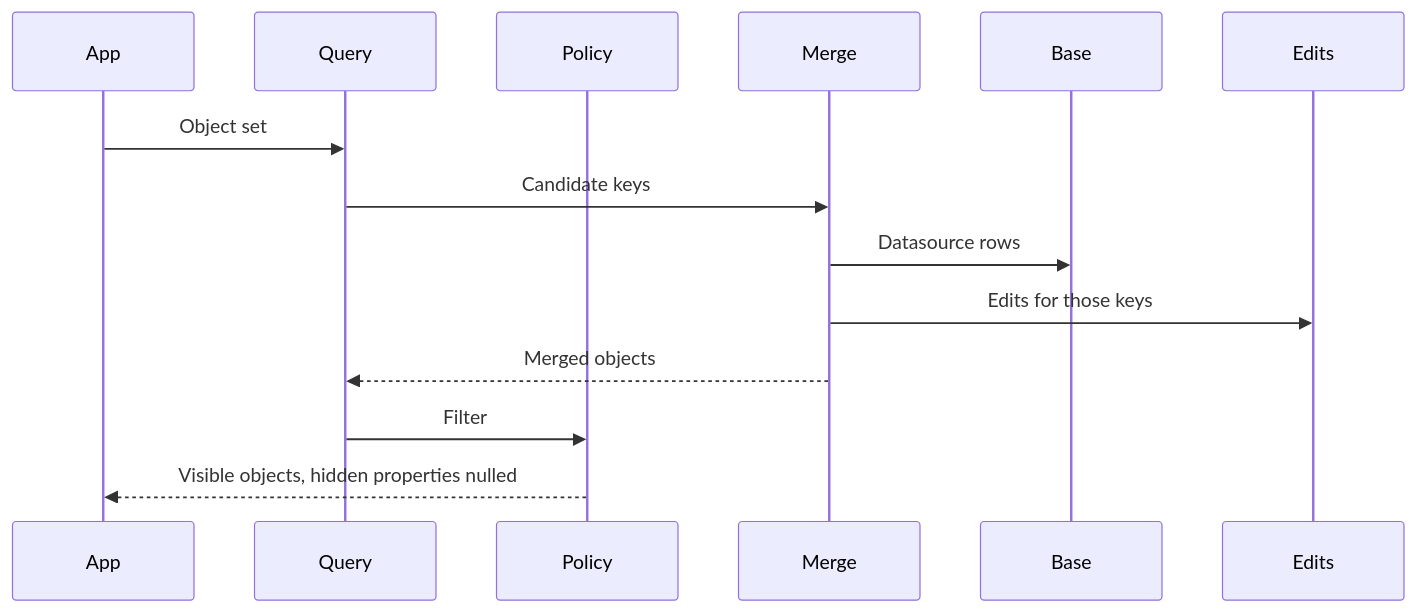
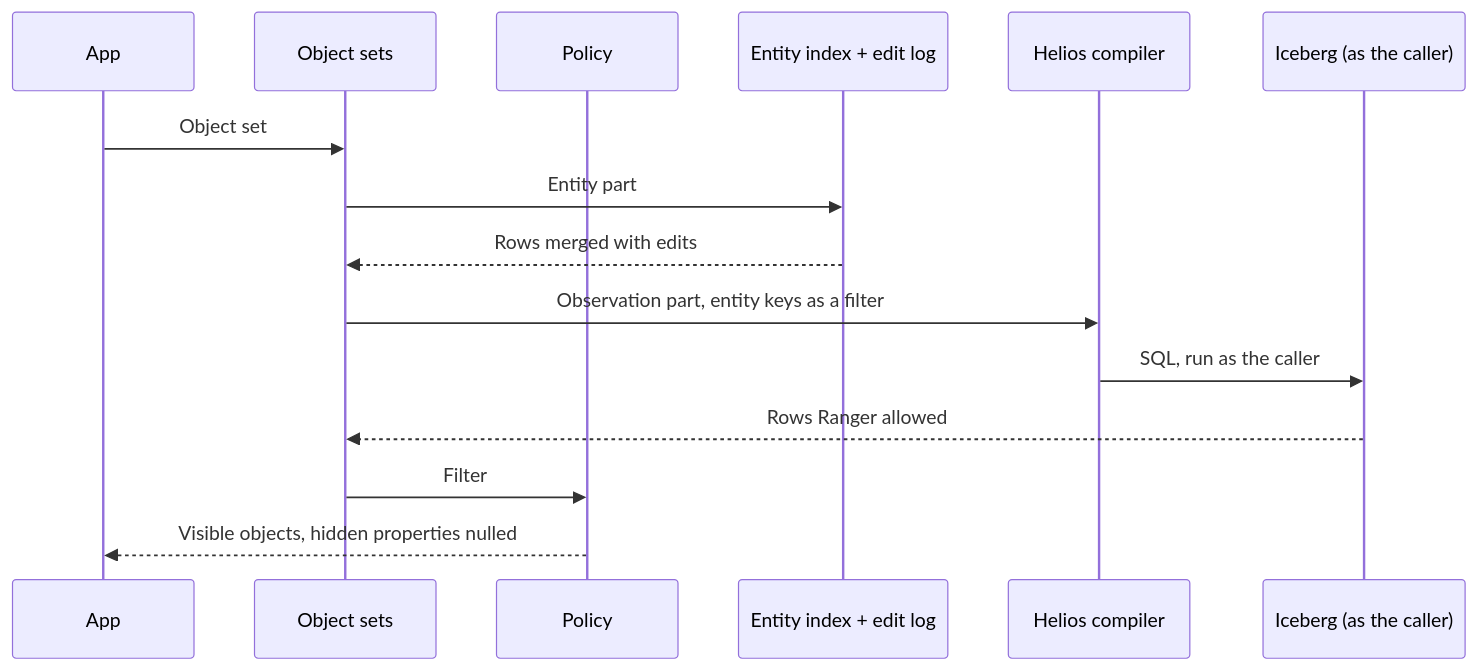
The third of 4 diagrams in docs/ONTOLOGY_PLAN.md (Christopheraburns/horus), drawn with Mermaid before and after one commit. The commit also changed other lines of this file and 1 other file, not shown here.

First line of the commit message:
Rewrite ontology plan as a merge with Helios; update burndown 14

````diff
--- a/docs/ONTOLOGY_PLAN.md
+++ b/docs/ONTOLOGY_PLAN.md
@@ -323,17 +284,18 @@
 ```mermaid
 sequenceDiagram
   participant App
-  participant Query
+  participant Sets as Object sets
   participant Policy
-  participant Merge
-  participant Base
-  participant Edits
+  participant Index as Entity index + edit log
+  participant Compiler as Helios compiler
+  participant Lake as Iceberg (as the caller)
 
-  App->>Query: Object set
-  Query->>Merge: Candidate keys
-  Merge->>Base: Datasource rows
-  Merge->>Edits: Edits for those keys
-  Merge-->>Query: Merged objects
-  Query->>Policy: Filter
+  App->>Sets: Object set
+  Sets->>Index: Entity part
+  Index-->>Sets: Rows merged with edits
+  Sets->>Compiler: Observation part, entity keys as a filter
+  Compiler->>Lake: SQL, run as the caller
+  Lake-->>Sets: Rows Ranger allowed
+  Sets->>Policy: Filter
   Policy-->>App: Visible objects, hidden properties nulled
 ```
````
